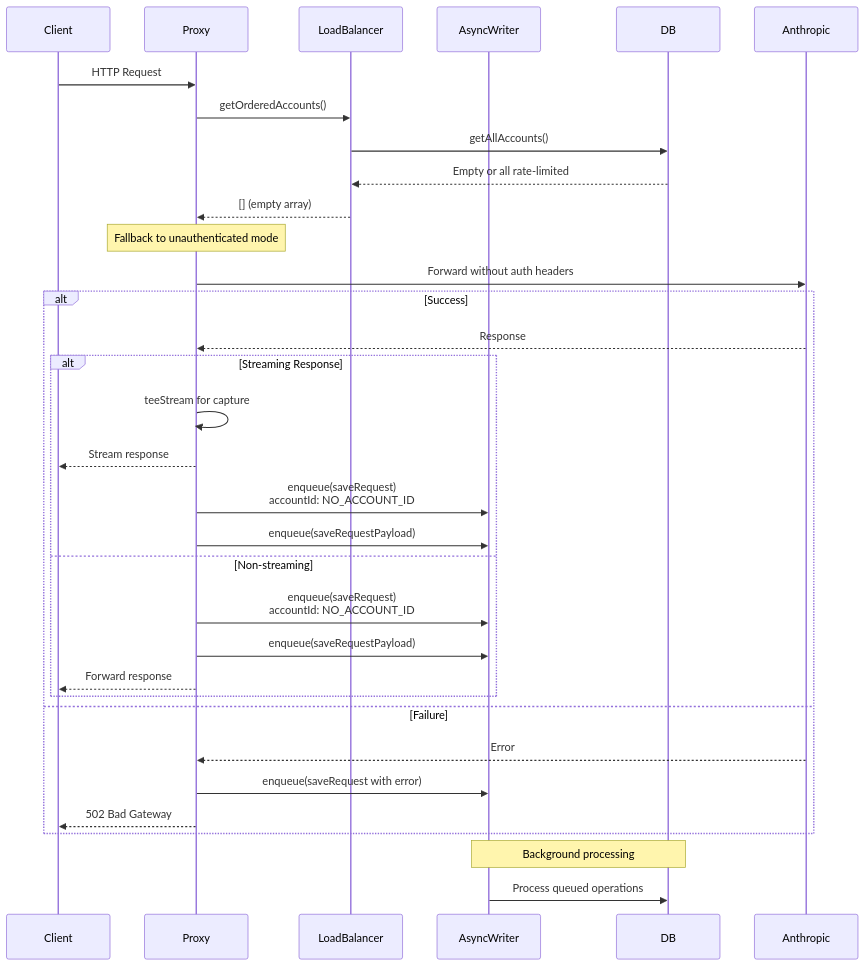
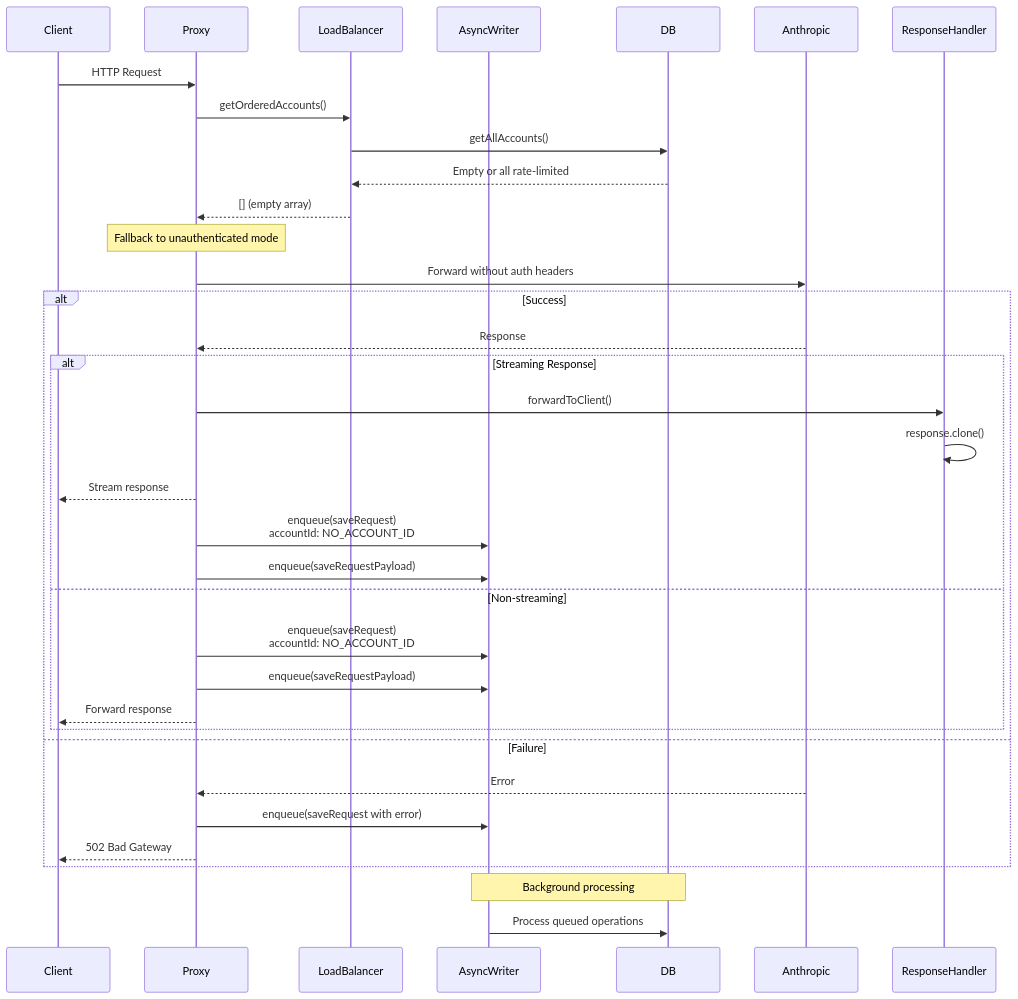
One commit to tombii/better-ccflare changed the eighth of 14 diagrams in docs/data-flow.md. Above: the diagram before and after it, drawn with Mermaid. The commit also changed other lines of this file and 14 other files, not shown here.

First line of the commit message:
docs(docs): overhaul architecture and CLI documentation

````diff
--- a/docs/data-flow.md
+++ b/docs/data-flow.md
@@ -370,41 +443,42 @@
 ```mermaid
 sequenceDiagram
     participant Client
     participant Proxy
     participant LoadBalancer
     participant AsyncWriter
     participant DB
     participant Anthropic
 
     Client->>Proxy: HTTP Request
     Proxy->>LoadBalancer: getOrderedAccounts()
     LoadBalancer->>DB: getAllAccounts()
     DB-->>LoadBalancer: Empty or all rate-limited
     LoadBalancer-->>Proxy: [] (empty array)
     
     Note over Proxy: Fallback to unauthenticated mode
     
     Proxy->>Anthropic: Forward without auth headers
     
     alt Success
         Anthropic-->>Proxy: Response
         
         alt Streaming Response
-            Proxy->>Proxy: teeStream for capture
+            Proxy->>ResponseHandler: forwardToClient()
+            ResponseHandler->>ResponseHandler: response.clone()
             Proxy-->>Client: Stream response
             Proxy->>AsyncWriter: enqueue(saveRequest)<br/>accountId: NO_ACCOUNT_ID
             Proxy->>AsyncWriter: enqueue(saveRequestPayload)
         else Non-streaming
             Proxy->>AsyncWriter: enqueue(saveRequest)<br/>accountId: NO_ACCOUNT_ID
             Proxy->>AsyncWriter: enqueue(saveRequestPayload)
             Proxy-->>Client: Forward response
         end
     else Failure
         Anthropic-->>Proxy: Error
         Proxy->>AsyncWriter: enqueue(saveRequest with error)
         Proxy-->>Client: 502 Bad Gateway
     end
     
     Note over AsyncWriter,DB: Background processing
     AsyncWriter->>DB: Process queued operations
 ```
````
